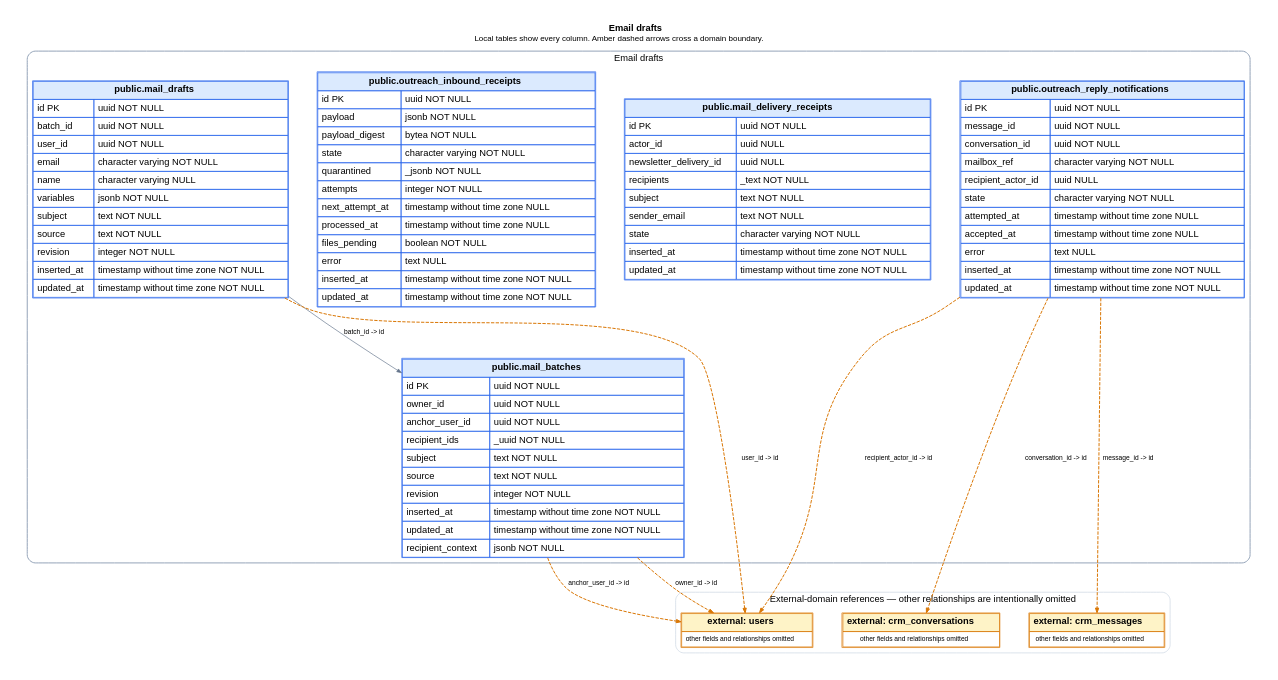
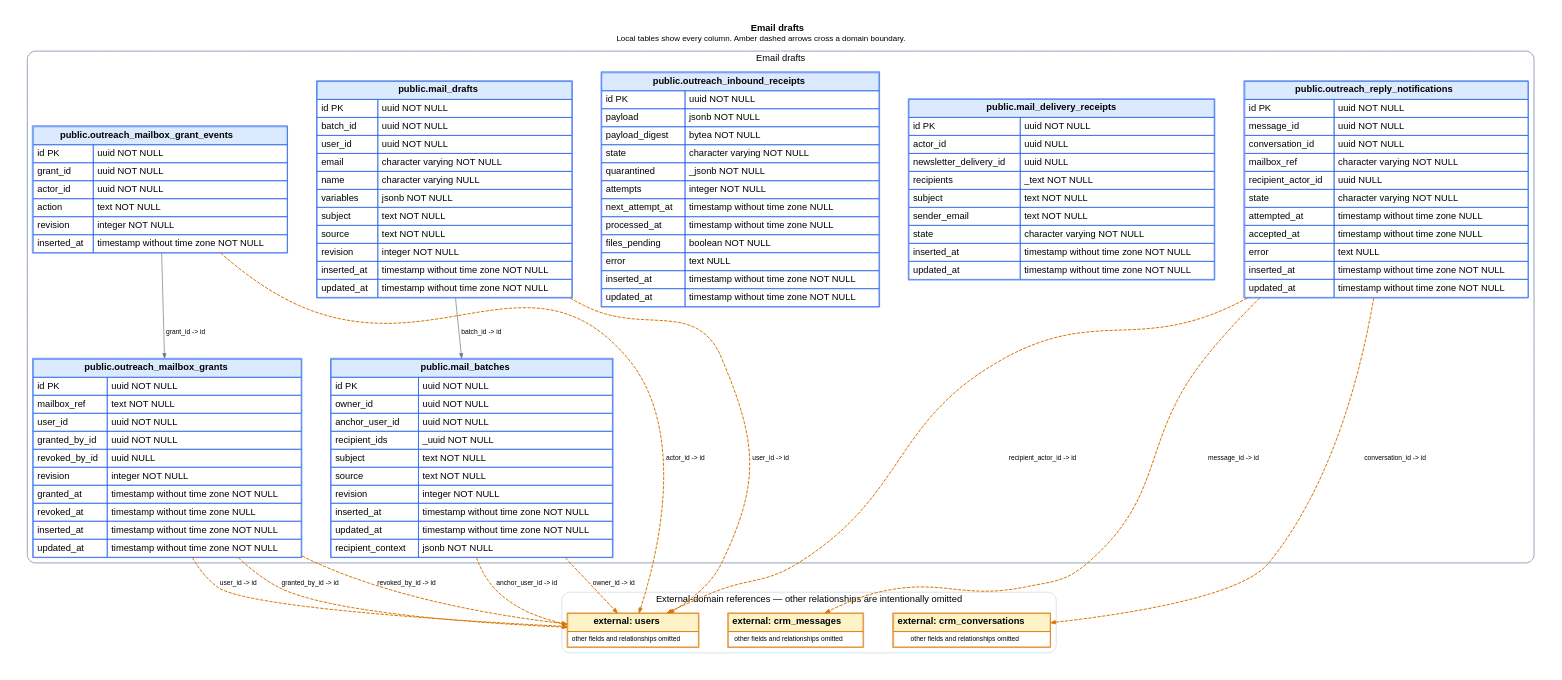
One commit to ogourment/pauseai.ca-website changed the diagram in docs/schema/domains/mail_drafts.dot. Above: the diagram before and after it, drawn with Graphviz. The commit also changed 7 other files, not shown here.

```diff
--- a/docs/schema/domains/mail_drafts.dot
+++ b/docs/schema/domains/mail_drafts.dot
@@ -1,85 +1,104 @@
 digraph mail_drafts {
   graph [rankdir=TB, bgcolor="white", pad=0.35, nodesep=0.6, ranksep=0.9, fontname="Helvetica"];
   node [shape=plain, fontname="Helvetica"];
   edge [fontname="Helvetica", fontsize=10, arrowsize=0.7];
   labelloc="t";
   label=< <B>Email drafts</B><BR/><FONT POINT-SIZE="12">Local tables show every column. Amber dashed arrows cross a domain boundary.</FONT> >;
 
   subgraph cluster_local {
     label="Email drafts";
     color="#94a3b8";
     penwidth=1.5;
     style="rounded";
   "mail_batches" [label=<
     <TABLE BORDER="1" CELLBORDER="1" CELLSPACING="0" CELLPADDING="5" COLOR="#2563eb">
       <TR><TD BGCOLOR="#dbeafe" COLSPAN="2"><B>public.mail_batches</B></TD></TR>
       <TR><TD ALIGN="LEFT">id PK</TD><TD ALIGN="LEFT">uuid NOT NULL</TD></TR><TR><TD ALIGN="LEFT">owner_id</TD><TD ALIGN="LEFT">uuid NOT NULL</TD></TR><TR><TD ALIGN="LEFT">anchor_user_id</TD><TD ALIGN="LEFT">uuid NOT NULL</TD></TR><TR><TD ALIGN="LEFT">recipient_ids</TD><TD ALIGN="LEFT">_uuid NOT NULL</TD></TR><TR><TD ALIGN="LEFT">subject</TD><TD ALIGN="LEFT">text NOT NULL</TD></TR><TR><TD ALIGN="LEFT">source</TD><TD ALIGN="LEFT">text NOT NULL</TD></TR><TR><TD ALIGN="LEFT">revision</TD><TD ALIGN="LEFT">integer NOT NULL</TD></TR><TR><TD ALIGN="LEFT">inserted_at</TD><TD ALIGN="LEFT">timestamp without time zone NOT NULL</TD></TR><TR><TD ALIGN="LEFT">updated_at</TD><TD ALIGN="LEFT">timestamp without time zone NOT NULL</TD></TR><TR><TD ALIGN="LEFT">recipient_context</TD><TD ALIGN="LEFT">jsonb NOT NULL</TD></TR>
     </TABLE>
   >];
 
   "mail_drafts" [label=<
     <TABLE BORDER="1" CELLBORDER="1" CELLSPACING="0" CELLPADDING="5" COLOR="#2563eb">
       <TR><TD BGCOLOR="#dbeafe" COLSPAN="2"><B>public.mail_drafts</B></TD></TR>
       <TR><TD ALIGN="LEFT">id PK</TD><TD ALIGN="LEFT">uuid NOT NULL</TD></TR><TR><TD ALIGN="LEFT">batch_id</TD><TD ALIGN="LEFT">uuid NOT NULL</TD></TR><TR><TD ALIGN="LEFT">user_id</TD><TD ALIGN="LEFT">uuid NOT NULL</TD></TR><TR><TD ALIGN="LEFT">email</TD><TD ALIGN="LEFT">character varying NOT NULL</TD></TR><TR><TD ALIGN="LEFT">name</TD><TD ALIGN="LEFT">character varying NULL</TD></TR><TR><TD ALIGN="LEFT">variables</TD><TD ALIGN="LEFT">jsonb NOT NULL</TD></TR><TR><TD ALIGN="LEFT">subject</TD><TD ALIGN="LEFT">text NOT NULL</TD></TR><TR><TD ALIGN="LEFT">source</TD><TD ALIGN="LEFT">text NOT NULL</TD></TR><TR><TD ALIGN="LEFT">revision</TD><TD ALIGN="LEFT">integer NOT NULL</TD></TR><TR><TD ALIGN="LEFT">inserted_at</TD><TD ALIGN="LEFT">timestamp without time zone NOT NULL</TD></TR><TR><TD ALIGN="LEFT">updated_at</TD><TD ALIGN="LEFT">timestamp without time zone NOT NULL</TD></TR>
     </TABLE>
   >];
 
   "mail_delivery_receipts" [label=<
     <TABLE BORDER="1" CELLBORDER="1" CELLSPACING="0" CELLPADDING="5" COLOR="#2563eb">
       <TR><TD BGCOLOR="#dbeafe" COLSPAN="2"><B>public.mail_delivery_receipts</B></TD></TR>
       <TR><TD ALIGN="LEFT">id PK</TD><TD ALIGN="LEFT">uuid NOT NULL</TD></TR><TR><TD ALIGN="LEFT">actor_id</TD><TD ALIGN="LEFT">uuid NULL</TD></TR><TR><TD ALIGN="LEFT">newsletter_delivery_id</TD><TD ALIGN="LEFT">uuid NULL</TD></TR><TR><TD ALIGN="LEFT">recipients</TD><TD ALIGN="LEFT">_text NOT NULL</TD></TR><TR><TD ALIGN="LEFT">subject</TD><TD ALIGN="LEFT">text NOT NULL</TD></TR><TR><TD ALIGN="LEFT">sender_email</TD><TD ALIGN="LEFT">text NOT NULL</TD></TR><TR><TD ALIGN="LEFT">state</TD><TD ALIGN="LEFT">character varying NOT NULL</TD></TR><TR><TD ALIGN="LEFT">inserted_at</TD><TD ALIGN="LEFT">timestamp without time zone NOT NULL</TD></TR><TR><TD ALIGN="LEFT">updated_at</TD><TD ALIGN="LEFT">timestamp without time zone NOT NULL</TD></TR>
     </TABLE>
   >];
 
   "outreach_inbound_receipts" [label=<
     <TABLE BORDER="1" CELLBORDER="1" CELLSPACING="0" CELLPADDING="5" COLOR="#2563eb">
       <TR><TD BGCOLOR="#dbeafe" COLSPAN="2"><B>public.outreach_inbound_receipts</B></TD></TR>
       <TR><TD ALIGN="LEFT">id PK</TD><TD ALIGN="LEFT">uuid NOT NULL</TD></TR><TR><TD ALIGN="LEFT">payload</TD><TD ALIGN="LEFT">jsonb NOT NULL</TD></TR><TR><TD ALIGN="LEFT">payload_digest</TD><TD ALIGN="LEFT">bytea NOT NULL</TD></TR><TR><TD ALIGN="LEFT">state</TD><TD ALIGN="LEFT">character varying NOT NULL</TD></TR><TR><TD ALIGN="LEFT">quarantined</TD><TD ALIGN="LEFT">_jsonb NOT NULL</TD></TR><TR><TD ALIGN="LEFT">attempts</TD><TD ALIGN="LEFT">integer NOT NULL</TD></TR><TR><TD ALIGN="LEFT">next_attempt_at</TD><TD ALIGN="LEFT">timestamp without time zone NULL</TD></TR><TR><TD ALIGN="LEFT">processed_at</TD><TD ALIGN="LEFT">timestamp without time zone NULL</TD></TR><TR><TD ALIGN="LEFT">files_pending</TD><TD ALIGN="LEFT">boolean NOT NULL</TD></TR><TR><TD ALIGN="LEFT">error</TD><TD ALIGN="LEFT">text NULL</TD></TR><TR><TD ALIGN="LEFT">inserted_at</TD><TD ALIGN="LEFT">timestamp without time zone NOT NULL</TD></TR><TR><TD ALIGN="LEFT">updated_at</TD><TD ALIGN="LEFT">timestamp without time zone NOT NULL</TD></TR>
     </TABLE>
   >];
 
   "outreach_reply_notifications" [label=<
     <TABLE BORDER="1" CELLBORDER="1" CELLSPACING="0" CELLPADDING="5" COLOR="#2563eb">
       <TR><TD BGCOLOR="#dbeafe" COLSPAN="2"><B>public.outreach_reply_notifications</B></TD></TR>
       <TR><TD ALIGN="LEFT">id PK</TD><TD ALIGN="LEFT">uuid NOT NULL</TD></TR><TR><TD ALIGN="LEFT">message_id</TD><TD ALIGN="LEFT">uuid NOT NULL</TD></TR><TR><TD ALIGN="LEFT">conversation_id</TD><TD ALIGN="LEFT">uuid NOT NULL</TD></TR><TR><TD ALIGN="LEFT">mailbox_ref</TD><TD ALIGN="LEFT">character varying NOT NULL</TD></TR><TR><TD ALIGN="LEFT">recipient_actor_id</TD><TD ALIGN="LEFT">uuid NULL</TD></TR><TR><TD ALIGN="LEFT">state</TD><TD ALIGN="LEFT">character varying NOT NULL</TD></TR><TR><TD ALIGN="LEFT">attempted_at</TD><TD ALIGN="LEFT">timestamp without time zone NULL</TD></TR><TR><TD ALIGN="LEFT">accepted_at</TD><TD ALIGN="LEFT">timestamp without time zone NULL</TD></TR><TR><TD ALIGN="LEFT">error</TD><TD ALIGN="LEFT">text NULL</TD></TR><TR><TD ALIGN="LEFT">inserted_at</TD><TD ALIGN="LEFT">timestamp without time zone NOT NULL</TD></TR><TR><TD ALIGN="LEFT">updated_at</TD><TD ALIGN="LEFT">timestamp without time zone NOT NULL</TD></TR>
     </TABLE>
   >];
 
+  "outreach_mailbox_grants" [label=<
+    <TABLE BORDER="1" CELLBORDER="1" CELLSPACING="0" CELLPADDING="5" COLOR="#2563eb">
+      <TR><TD BGCOLOR="#dbeafe" COLSPAN="2"><B>public.outreach_mailbox_grants</B></TD></TR>
+      <TR><TD ALIGN="LEFT">id PK</TD><TD ALIGN="LEFT">uuid NOT NULL</TD></TR><TR><TD ALIGN="LEFT">mailbox_ref</TD><TD ALIGN="LEFT">text NOT NULL</TD></TR><TR><TD ALIGN="LEFT">user_id</TD><TD ALIGN="LEFT">uuid NOT NULL</TD></TR><TR><TD ALIGN="LEFT">granted_by_id</TD><TD ALIGN="LEFT">uuid NOT NULL</TD></TR><TR><TD ALIGN="LEFT">revoked_by_id</TD><TD ALIGN="LEFT">uuid NULL</TD></TR><TR><TD ALIGN="LEFT">revision</TD><TD ALIGN="LEFT">integer NOT NULL</TD></TR><TR><TD ALIGN="LEFT">granted_at</TD><TD ALIGN="LEFT">timestamp without time zone NOT NULL</TD></TR><TR><TD ALIGN="LEFT">revoked_at</TD><TD ALIGN="LEFT">timestamp without time zone NULL</TD></TR><TR><TD ALIGN="LEFT">inserted_at</TD><TD ALIGN="LEFT">timestamp without time zone NOT NULL</TD></TR><TR><TD ALIGN="LEFT">updated_at</TD><TD ALIGN="LEFT">timestamp without time zone NOT NULL</TD></TR>
+    </TABLE>
+  >];
+
+  "outreach_mailbox_grant_events" [label=<
+    <TABLE BORDER="1" CELLBORDER="1" CELLSPACING="0" CELLPADDING="5" COLOR="#2563eb">
+      <TR><TD BGCOLOR="#dbeafe" COLSPAN="2"><B>public.outreach_mailbox_grant_events</B></TD></TR>
+      <TR><TD ALIGN="LEFT">id PK</TD><TD ALIGN="LEFT">uuid NOT NULL</TD></TR><TR><TD ALIGN="LEFT">grant_id</TD><TD ALIGN="LEFT">uuid NOT NULL</TD></TR><TR><TD ALIGN="LEFT">actor_id</TD><TD ALIGN="LEFT">uuid NOT NULL</TD></TR><TR><TD ALIGN="LEFT">action</TD><TD ALIGN="LEFT">text NOT NULL</TD></TR><TR><TD ALIGN="LEFT">revision</TD><TD ALIGN="LEFT">integer NOT NULL</TD></TR><TR><TD ALIGN="LEFT">inserted_at</TD><TD ALIGN="LEFT">timestamp without time zone NOT NULL</TD></TR>
+    </TABLE>
+  >];
+
   }
 
   subgraph cluster_external {
     label="External-domain references — other relationships are intentionally omitted";
     color="#cbd5e1";
     penwidth=1;
     style="rounded";
   "crm_conversations" [label=<
     <TABLE BORDER="1" CELLBORDER="1" CELLSPACING="0" CELLPADDING="5" COLOR="#d97706">
       <TR><TD BGCOLOR="#fef3c7"><B>external: crm_conversations</B></TD></TR>
       <TR><TD><FONT POINT-SIZE="10">other fields and relationships omitted</FONT></TD></TR>
     </TABLE>
   >];
 
   "crm_messages" [label=<
     <TABLE BORDER="1" CELLBORDER="1" CELLSPACING="0" CELLPADDING="5" COLOR="#d97706">
       <TR><TD BGCOLOR="#fef3c7"><B>external: crm_messages</B></TD></TR>
       <TR><TD><FONT POINT-SIZE="10">other fields and relationships omitted</FONT></TD></TR>
     </TABLE>
   >];
 
   "users" [label=<
     <TABLE BORDER="1" CELLBORDER="1" CELLSPACING="0" CELLPADDING="5" COLOR="#d97706">
       <TR><TD BGCOLOR="#fef3c7"><B>external: users</B></TD></TR>
       <TR><TD><FONT POINT-SIZE="10">other fields and relationships omitted</FONT></TD></TR>
     </TABLE>
   >];
 
   }
 
   "mail_batches" -> "users" [label="anchor_user_id -> id", color="#d97706", style="dashed", penwidth=1.5];
   "mail_batches" -> "users" [label="owner_id -> id", color="#d97706", style="dashed", penwidth=1.5];
   "mail_drafts" -> "mail_batches" [label="batch_id -> id", color="#64748b"];
   "mail_drafts" -> "users" [label="user_id -> id", color="#d97706", style="dashed", penwidth=1.5];
+  "outreach_mailbox_grant_events" -> "users" [label="actor_id -> id", color="#d97706", style="dashed", penwidth=1.5];
+  "outreach_mailbox_grant_events" -> "outreach_mailbox_grants" [label="grant_id -> id", color="#64748b"];
+  "outreach_mailbox_grants" -> "users" [label="granted_by_id -> id", color="#d97706", style="dashed", penwidth=1.5];
+  "outreach_mailbox_grants" -> "users" [label="revoked_by_id -> id", color="#d97706", style="dashed", penwidth=1.5];
+  "outreach_mailbox_grants" -> "users" [label="user_id -> id", color="#d97706", style="dashed", penwidth=1.5];
   "outreach_reply_notifications" -> "crm_conversations" [label="conversation_id -> id", color="#d97706", style="dashed", penwidth=1.5];
   "outreach_reply_notifications" -> "crm_messages" [label="message_id -> id", color="#d97706", style="dashed", penwidth=1.5];
   "outreach_reply_notifications" -> "users" [label="recipient_actor_id -> id", color="#d97706", style="dashed", penwidth=1.5];
 }
```
